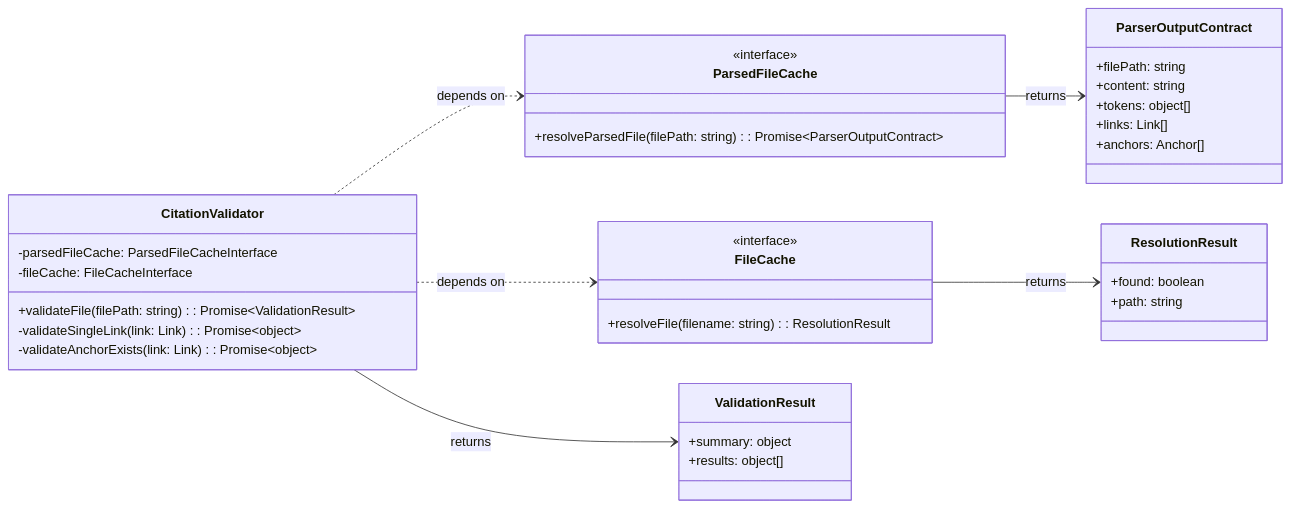
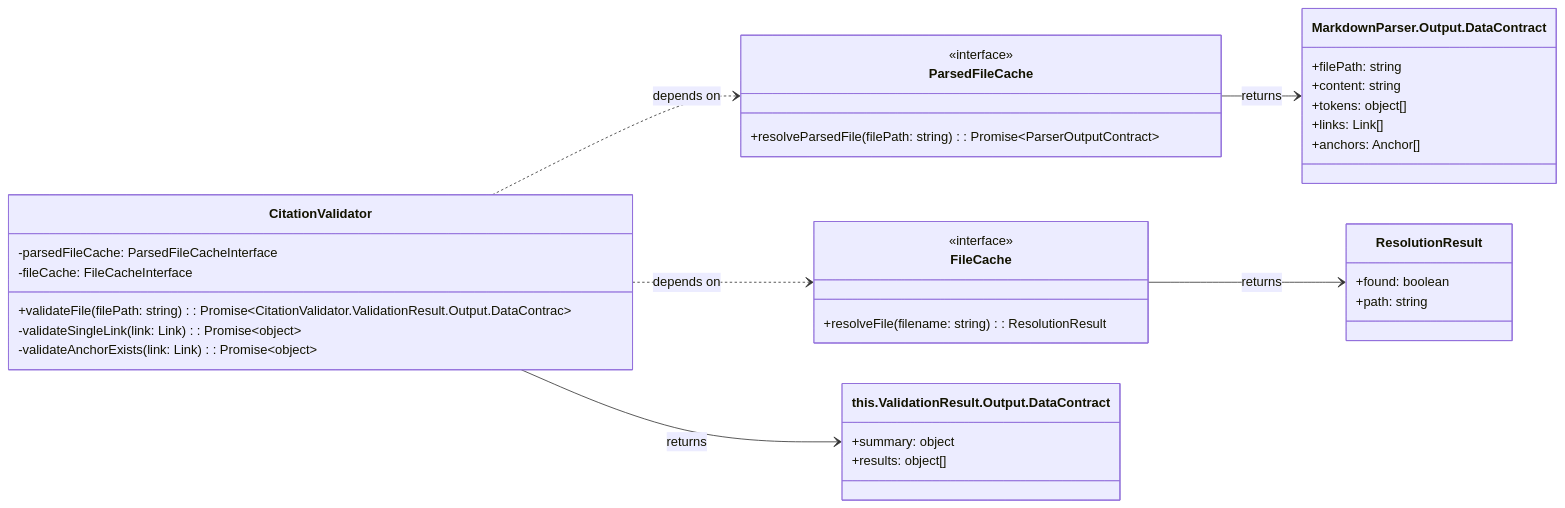
One commit to WesleyMFrederick/cc-workflows changed the diagram in tools/citation-manager/design-docs/component-guides/CitationValidator Implementation Guide.md. Above: the diagram before and after it, drawn with Mermaid. The commit also changed other lines of this file and 46 other files, not shown here.

First line of the commit message:
Standardize MarkdownParser.Output.DataContract terminology and add Epic 2 preparation stories

````diff
--- a/tools/citation-manager/design-docs/component-guides/CitationValidator Implementation Guide.md
+++ b/tools/citation-manager/design-docs/component-guides/CitationValidator Implementation Guide.md
@@ -17,46 +17,46 @@
 ```mermaid
 classDiagram
     direction LR
 
     class CitationValidator {
         -parsedFileCache: ParsedFileCacheInterface
         -fileCache: FileCacheInterface
-        +validateFile(filePath: string): Promise~ValidationResult~
+        +validateFile(filePath: string): Promise~CitationValidator.ValidationResult.Output.DataContrac~
         -validateSingleLink(link: Link): Promise~object~
         -validateAnchorExists(link: Link): Promise~object~
     }
 
     class ParsedFileCache {
         <<interface>>
         +resolveParsedFile(filePath: string): Promise~ParserOutputContract~
     }
 
     class FileCache {
         <<interface>>
         +resolveFile(filename: string): ResolutionResult
     }
 
-    class ValidationResult {
+    class this.ValidationResult.Output.DataContract {
         +summary: object
         +results: object[]
     }
 
-    class ParserOutputContract {
+    class MarkdownParser.Output.DataContract {
       +filePath: string
         +content: string
         +tokens: object[]
         +links: Link[]
         +anchors: Anchor[]
     }
     
     class ResolutionResult {
       +found: boolean
       +path: string
     }
 
     CitationValidator ..> ParsedFileCache : depends on
     CitationValidator ..> FileCache : depends on
-    CitationValidator --> ValidationResult : returns
-    ParsedFileCache --> ParserOutputContract : returns
+    CitationValidator --> this.ValidationResult.Output.DataContract : returns
+    ParsedFileCache --> MarkdownParser.Output.DataContract : returns
     FileCache --> ResolutionResult : returns
 ```
````
